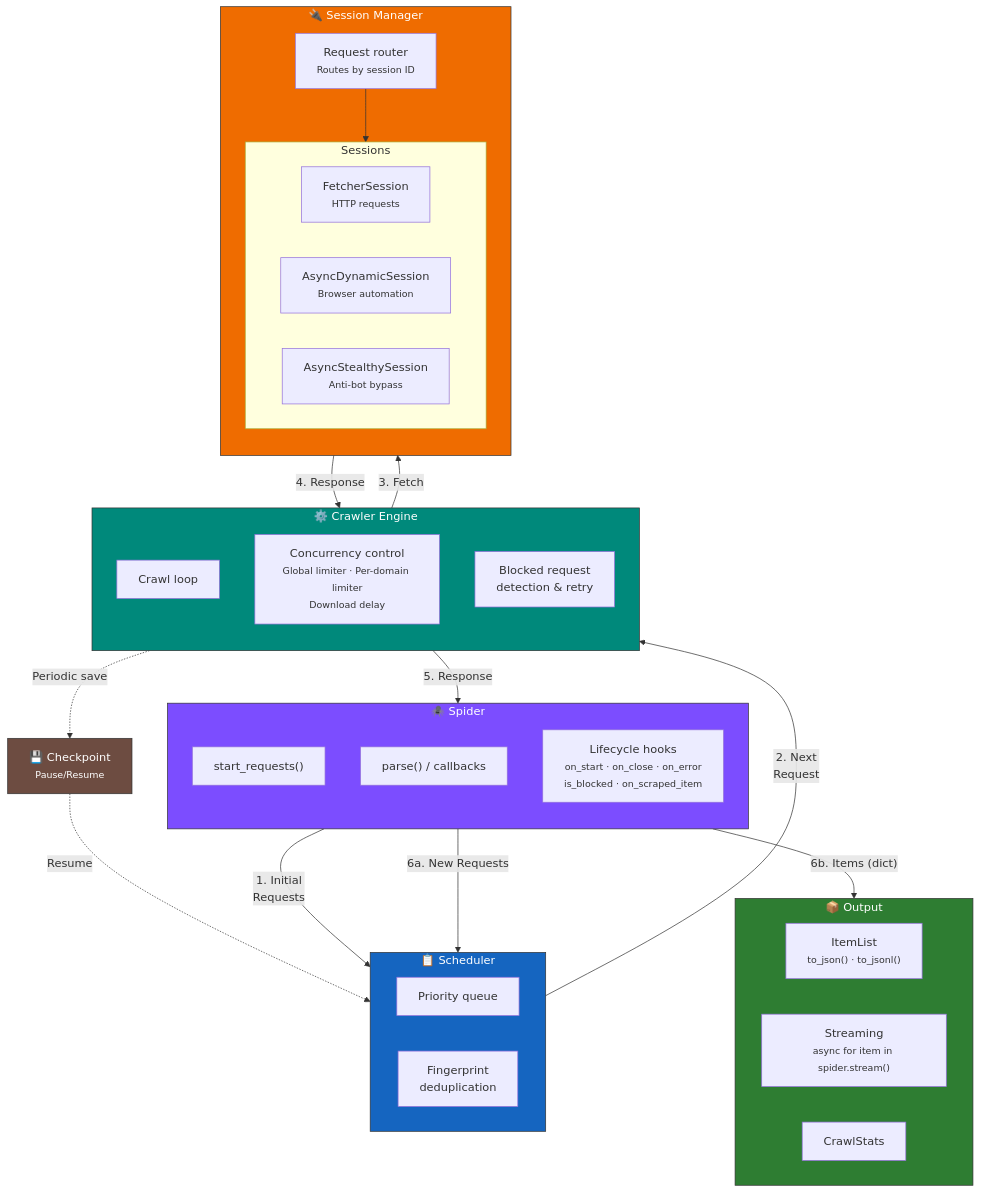
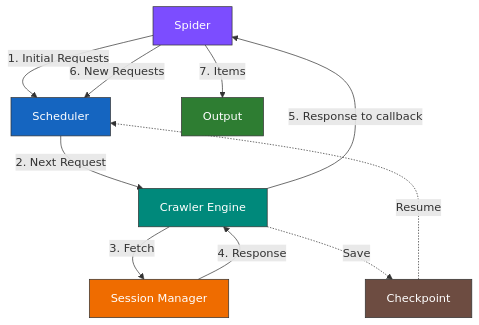
Before and after one commit to CybrFlux/CybrScrape: the diagram in docs/spiders/architecture.md, drawn with Mermaid.

Commit message:
docs: simplify the architecture mermaid

````diff
--- a/docs/spiders/architecture.md
+++ b/docs/spiders/architecture.md
@@ -16,67 +16,33 @@
 ```mermaid
 graph TB
-    subgraph Spider["🕷️ Spider"]
-        direction TB
-        SR["start_requests()"]
-        Parse["parse() / callbacks"]
-        Hooks["Lifecycle hooks<br/><small>on_start · on_close · on_error<br/>is_blocked · on_scraped_item</small>"]
-    end
+    Spider["Spider"]
+    Scheduler["Scheduler"]
+    Engine["Crawler Engine"]
+    SessionMgr["Session Manager"]
+    Output["Output"]
+    Checkpoint["Checkpoint"]
 
-    subgraph Engine["⚙️ Crawler Engine"]
-        direction TB
-        Loop["Crawl loop"]
-        Conc["Concurrency control<br/><small>Global limiter · Per-domain limiter<br/>Download delay</small>"]
-        BlockDet["Blocked request<br/>detection & retry"]
-    end
-
-    subgraph Scheduler["📋 Scheduler"]
-        PQ["Priority queue"]
-        Dedup["Fingerprint<br/>deduplication"]
-    end
-
-    subgraph SessionMgr["🔌 Session Manager"]
-        direction TB
-        Router["Request router<br/><small>Routes by session ID</small>"]
-        subgraph Sessions["Sessions"]
-            direction LR
-            HTTP["FetcherSession<br/><small>HTTP requests</small>"]
-            Dynamic["AsyncDynamicSession<br/><small>Browser automation</small>"]
-            Stealth["AsyncStealthySession<br/><small>Anti-bot bypass</small>"]
-        end
-    end
-
-    subgraph Output["📦 Output"]
-        Items["ItemList<br/><small>to_json() · to_jsonl()</small>"]
-        Stream["Streaming<br/><small>async for item in spider.stream()</small>"]
-        Stats["CrawlStats"]
-    end
-
-    Checkpoint["💾 Checkpoint<br/><small>Pause/Resume</small>"]
-
-    %% Data flow
-    SR -- "1. Initial<br/>Requests" --> Scheduler
-    Scheduler -- "2. Next<br/>Request" --> Engine
+    Spider -- "1. Initial Requests" --> Scheduler
+    Scheduler -- "2. Next Request" --> Engine
     Engine -- "3. Fetch" --> SessionMgr
-    Router --> Sessions
     SessionMgr -- "4. Response" --> Engine
-    Engine -- "5. Response" --> Parse
-    Parse -- "6a. New Requests" --> Scheduler
-    Parse -- "6b. Items (dict)" --> Output
-    Engine -. "Periodic save" .-> Checkpoint
+    Engine -- "5. Response to callback" --> Spider
+    Spider -- "6. New Requests" --> Scheduler
+    Spider -- "7. Items" --> Output
+    Engine -. "Save" .-> Checkpoint
     Checkpoint -. "Resume" .-> Scheduler
 
-    %% Styling
     classDef spiderClass fill:#7c4dff,stroke:#333,color:#fff
     classDef engineClass fill:#00897b,stroke:#333,color:#fff
     classDef schedulerClass fill:#1565c0,stroke:#333,color:#fff
     classDef sessionClass fill:#ef6c00,stroke:#333,color:#fff
     classDef outputClass fill:#2e7d32,stroke:#333,color:#fff
     classDef checkpointClass fill:#6d4c41,stroke:#333,color:#fff
 
     class Spider spiderClass
     class Engine engineClass
     class Scheduler schedulerClass
     class SessionMgr sessionClass
     class Output outputClass
     class Checkpoint checkpointClass
 ```
````
